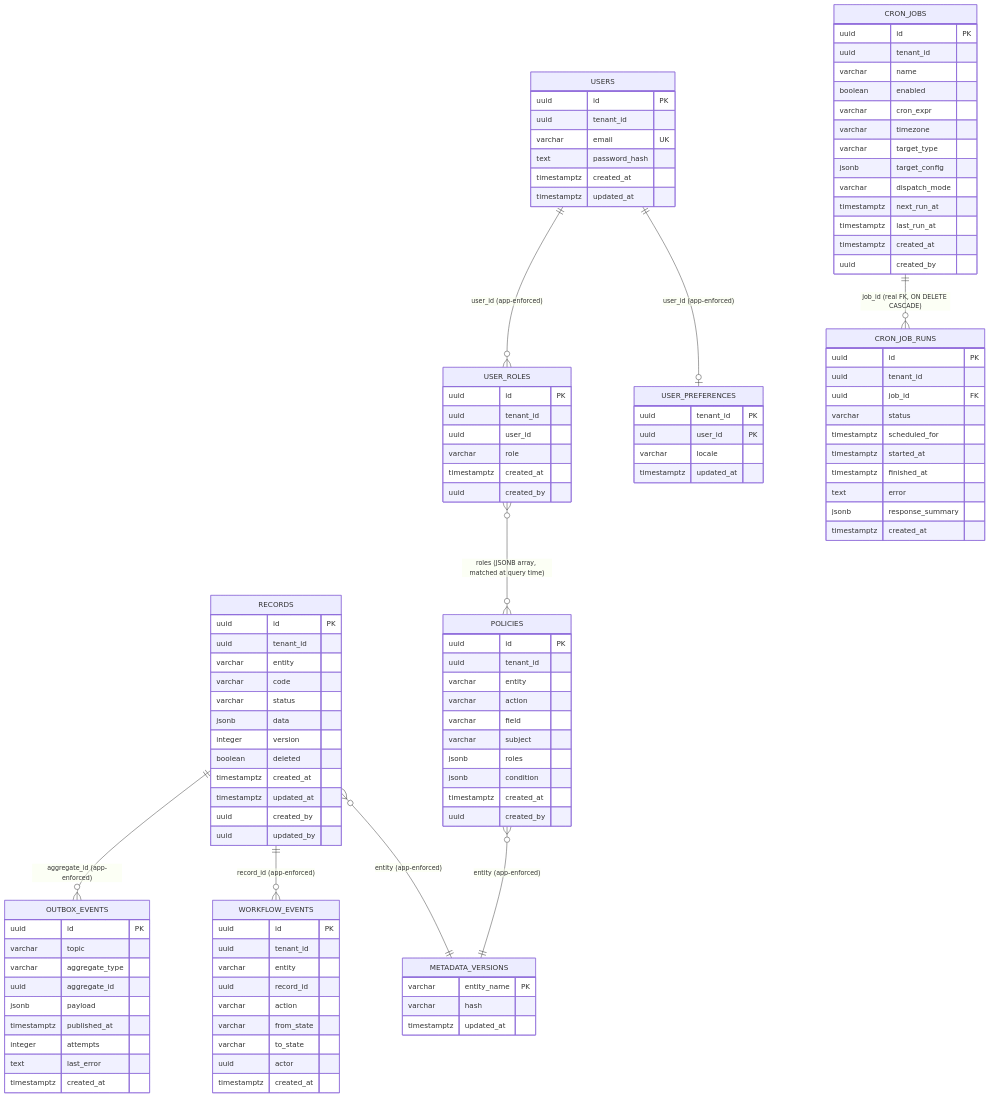
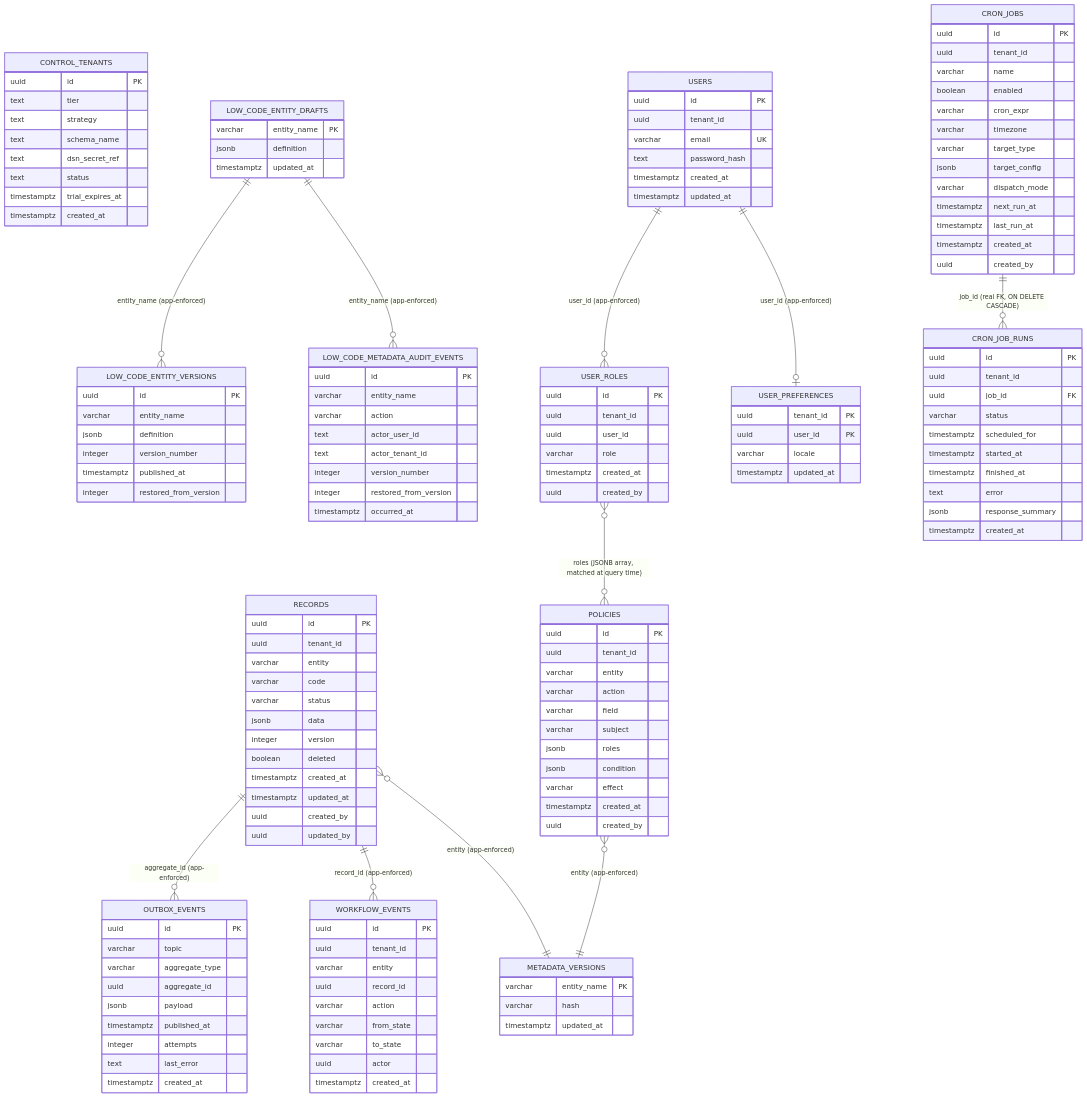
The fourth of 5 diagrams in docs/architectures/05-building-blocks.md (metap-org/metap), drawn with Mermaid before and after one commit. The commit also changed other lines of this file and 23 other files, not shown here.

````diff
--- a/docs/architectures/05-building-blocks.md
+++ b/docs/architectures/05-building-blocks.md
@@ -324,8 +387,42 @@
     varchar subject
     jsonb roles
     jsonb condition
+    varchar effect
     timestamptz created_at
     uuid created_by
+  }
+  CONTROL_TENANTS {
+    uuid id PK
+    text tier
+    text strategy
+    text schema_name
+    text dsn_secret_ref
+    text status
+    timestamptz trial_expires_at
+    timestamptz created_at
+  }
+  LOW_CODE_ENTITY_DRAFTS {
+    varchar entity_name PK
+    jsonb definition
+    timestamptz updated_at
+  }
+  LOW_CODE_ENTITY_VERSIONS {
+    uuid id PK
+    varchar entity_name
+    jsonb definition
+    integer version_number
+    timestamptz published_at
+    integer restored_from_version
+  }
+  LOW_CODE_METADATA_AUDIT_EVENTS {
+    uuid id PK
+    varchar entity_name
+    varchar action
+    text actor_user_id
+    text actor_tenant_id
+    integer version_number
+    integer restored_from_version
+    timestamptz occurred_at
   }
   METADATA_VERSIONS {
     varchar entity_name PK
@@ -382,4 +479,6 @@
   USERS ||--o{ USER_ROLES : "user_id (app-enforced)"
   USERS ||--o| USER_PREFERENCES : "user_id (app-enforced)"
   CRON_JOBS ||--o{ CRON_JOB_RUNS : "job_id (real FK, ON DELETE CASCADE)"
+  LOW_CODE_ENTITY_DRAFTS ||--o{ LOW_CODE_ENTITY_VERSIONS : "entity_name (app-enforced)"
+  LOW_CODE_ENTITY_DRAFTS ||--o{ LOW_CODE_METADATA_AUDIT_EVENTS : "entity_name (app-enforced)"
 ```
````
